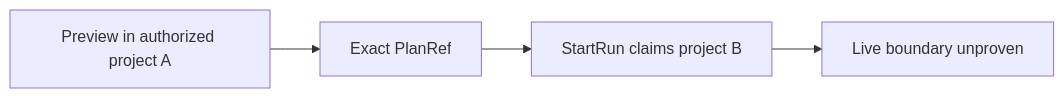
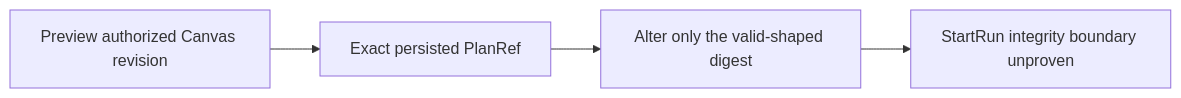
One commit to dunay2/dvt changed the first of 2 diagrams in docs/planning/proposals/mandatory/frontend-and-ux/gh-3021-dvt-preview-run-live-plan-20260915.md. Above: the diagram before and after it, drawn with Mermaid. The commit also changed other lines of this file and 4 other files, not shown here.

Commit message:
fix(api): Sanitize corrupt PlanRef rejection (#3202)

````diff
--- a/docs/planning/proposals/mandatory/frontend-and-ux/gh-3021-dvt-preview-run-live-plan-20260915.md
+++ b/docs/planning/proposals/mandatory/frontend-and-ux/gh-3021-dvt-preview-run-live-plan-20260915.md
@@ -28,6 +29,6 @@
 ```mermaid
 flowchart LR
-  A[Preview in authorized project A] --> B[Exact PlanRef]
-  B --> C[StartRun claims project B]
-  C --> D[Live boundary unproven]
+  A[Preview authorized Canvas revision] --> B[Exact persisted PlanRef]
+  B --> C[Alter only the valid-shaped digest]
+  C --> D[StartRun integrity boundary unproven]
 ```
````
